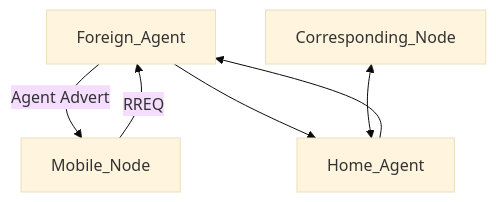
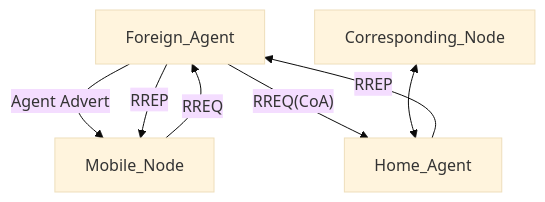
One commit to juakali-networks/mip changed the diagram in README.md. Above: the diagram before and after it, drawn with Mermaid (base theme). The commit also changed 2 other files, not shown here.

Commit message:
Added diagram to ReadMe

````diff
--- a/README.md
+++ b/README.md
@@ -26,8 +26,9 @@
 ```mermaid
 graph TD;
     Foreign_Agent--Agent Advert-->Mobile_Node;
     Mobile_Node--RREQ-->Foreign_Agent;
-    Home_Agent-->Foreign_Agent;
-    Foreign_Agent-->Home_Agent;
+    Foreign_Agent--RREQ(CoA)-->Home_Agent;
+    Home_Agent--RREP-->Foreign_Agent;
     Corresponding_Node<-->Home_Agent;
+    Foreign_Agent--RREP-->Mobile_Node;
 ```
````
